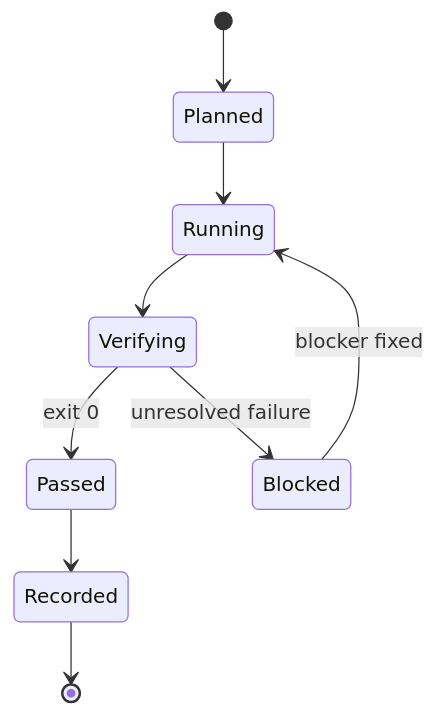
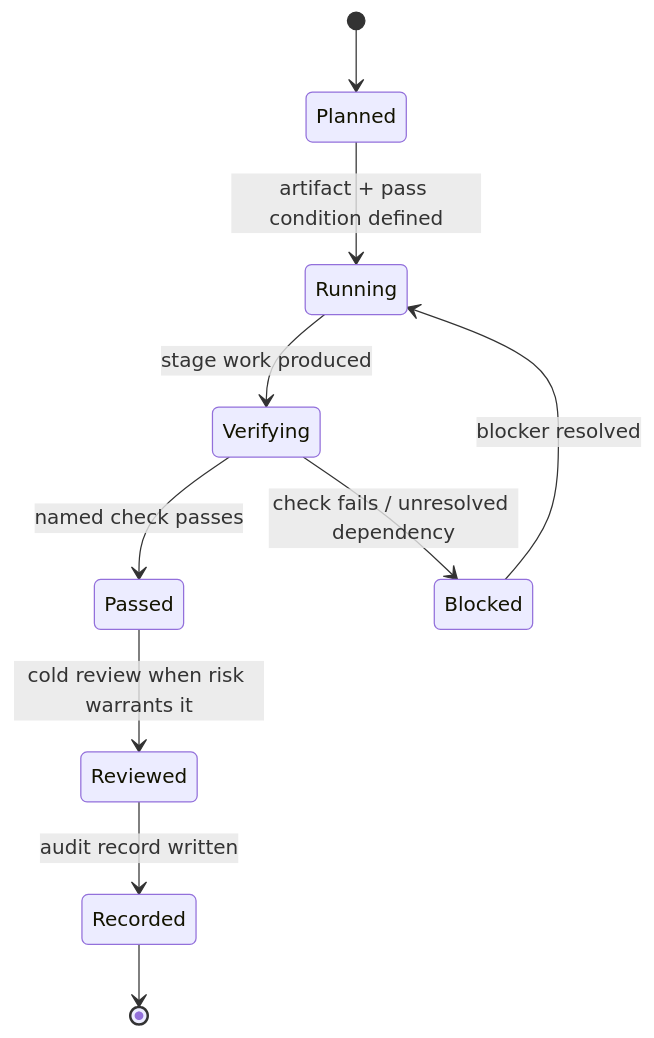
The second of 4 diagrams in docs/workflows/fable-mode.md (dyphn1/Harness-everything), drawn with Mermaid before and after one commit. The commit also changed other lines of this file, not shown here.

````diff
--- a/docs/workflows/fable-mode.md
+++ b/docs/workflows/fable-mode.md
@@ -54,11 +26,12 @@
 ```mermaid
 stateDiagram-v2
   [*] --> Planned
-  Planned --> Running
-  Running --> Verifying
-  Verifying --> Passed: exit 0
-  Verifying --> Blocked: unresolved failure
-  Blocked --> Running: blocker fixed
-  Passed --> Recorded
+  Planned --> Running: artifact + pass condition defined
+  Running --> Verifying: stage work produced
+  Verifying --> Passed: named check passes
+  Verifying --> Blocked: check fails / unresolved dependency
+  Blocked --> Running: blocker resolved
+  Passed --> Reviewed: cold review when risk warrants it
+  Reviewed --> Recorded: audit record written
   Recorded --> [*]
 ```
````
